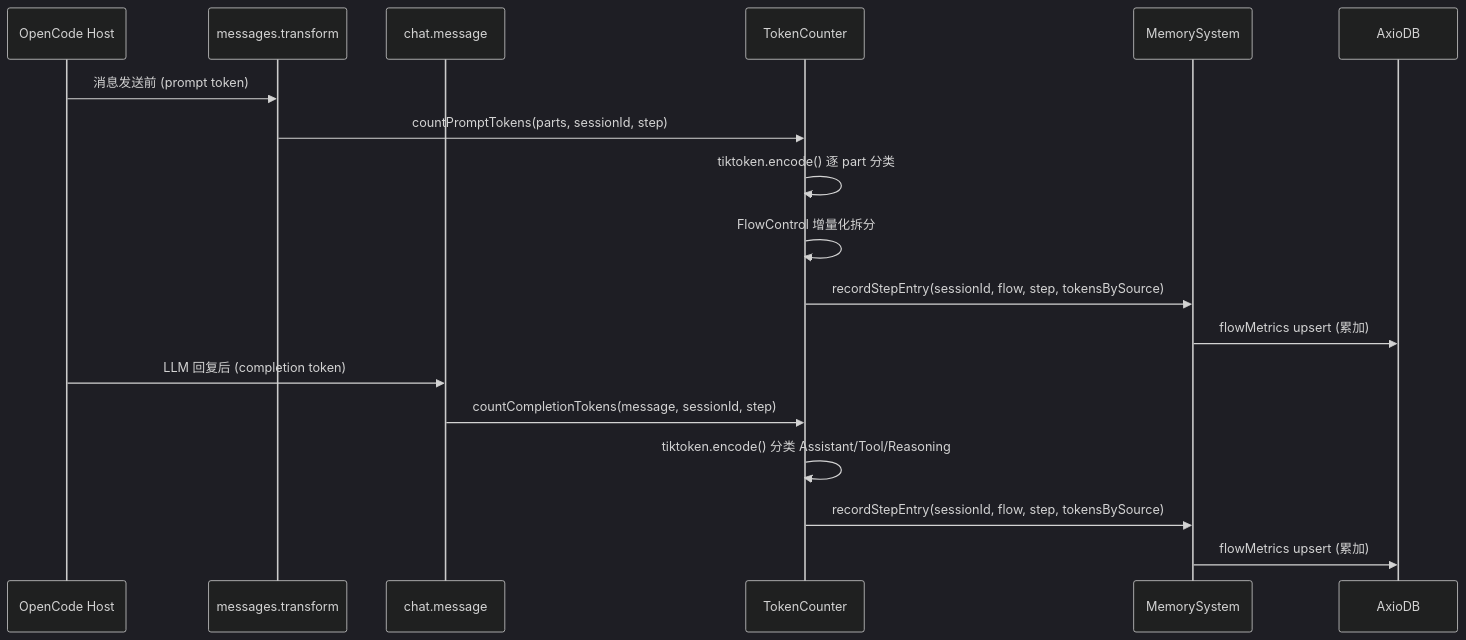
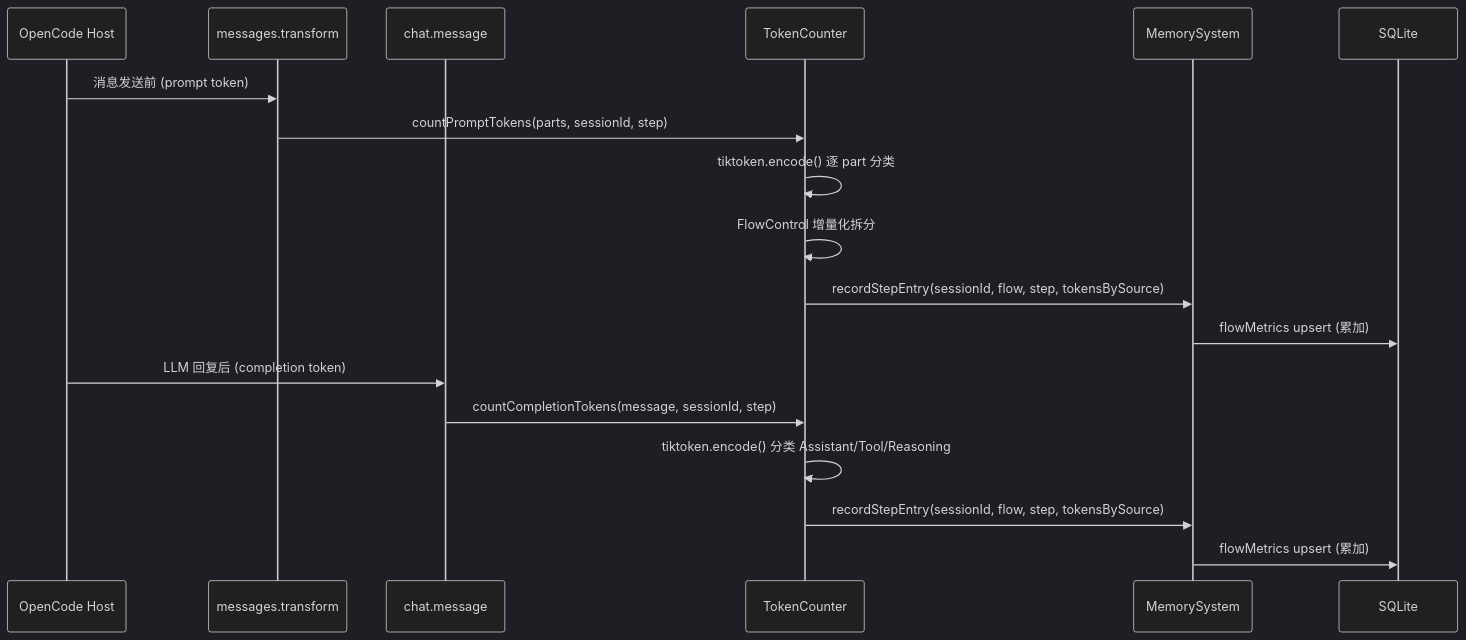
One commit to hank-cp/opencode-vibe-pm changed the first of 2 diagrams in docs/spec/vibe-pm-metrics-collection.md. Above: the diagram before and after it, drawn with Mermaid (dark theme). The commit also changed other lines of this file and 13 other files, not shown here.

First line of the commit message:
refactor(db): AxioDB → SQLite (better-sqlite3) — 解决稳定性问题，TUI Bun 兼容

````diff
--- a/docs/spec/vibe-pm-metrics-collection.md
+++ b/docs/spec/vibe-pm-metrics-collection.md
@@ -47,22 +47,22 @@
 ```mermaid
 sequenceDiagram
     participant OC as OpenCode Host
     participant TF as messages.transform
     participant CM as chat.message
     participant TC as TokenCounter
     participant MS as MemorySystem
-    participant AD as AxioDB
+    participant DB as SQLite
 
     OC->>TF: 消息发送前 (prompt token)
     TF->>TC: countPromptTokens(parts, sessionId, step)
     TC->>TC: tiktoken.encode() 逐 part 分类
     TC->>TC: FlowControl 增量化拆分
     TC->>MS: recordStepEntry(sessionId, flow, step, tokensBySource)
-    MS->>AD: flowMetrics upsert (累加)
+    MS->>DB: flowMetrics upsert (累加)
 
     OC->>CM: LLM 回复后 (completion token)
     CM->>TC: countCompletionTokens(message, sessionId, step)
     TC->>TC: tiktoken.encode() 分类 Assistant/Tool/Reasoning
     TC->>MS: recordStepEntry(sessionId, flow, step, tokensBySource)
-    MS->>AD: flowMetrics upsert (累加)
+    MS->>DB: flowMetrics upsert (累加)
 ```
````
